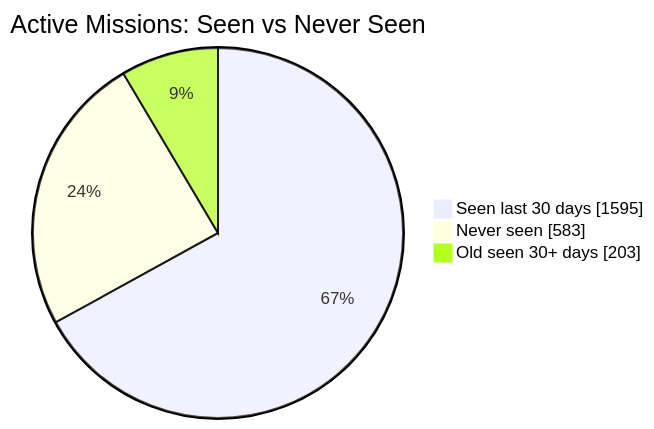
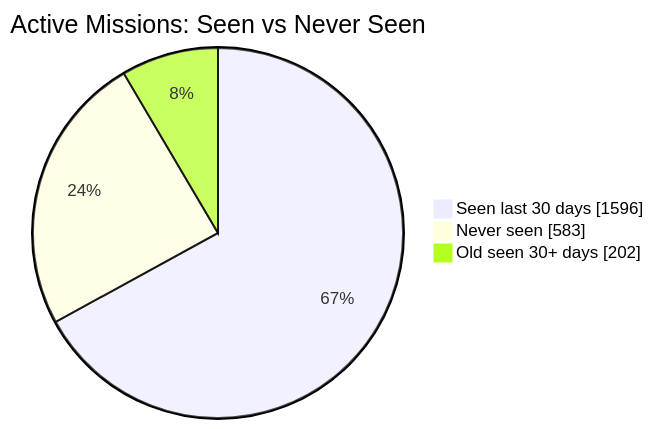
The first of 2 diagrams in README.md (MeldkamerspelGameTeam/active-missions), drawn with Mermaid before and after one commit. The commit also changed other lines of this file and 2 other files, not shown here.

````diff
--- a/README.md
+++ b/README.md
@@ -34,7 +34,7 @@
 ```mermaid
 pie showData
     title Active Missions: Seen vs Never Seen
-    "Seen last 30 days" : 1595
+    "Seen last 30 days" : 1596
     "Never seen" : 583
-    "Old seen 30+ days" : 203
+    "Old seen 30+ days" : 202
 ```
````
